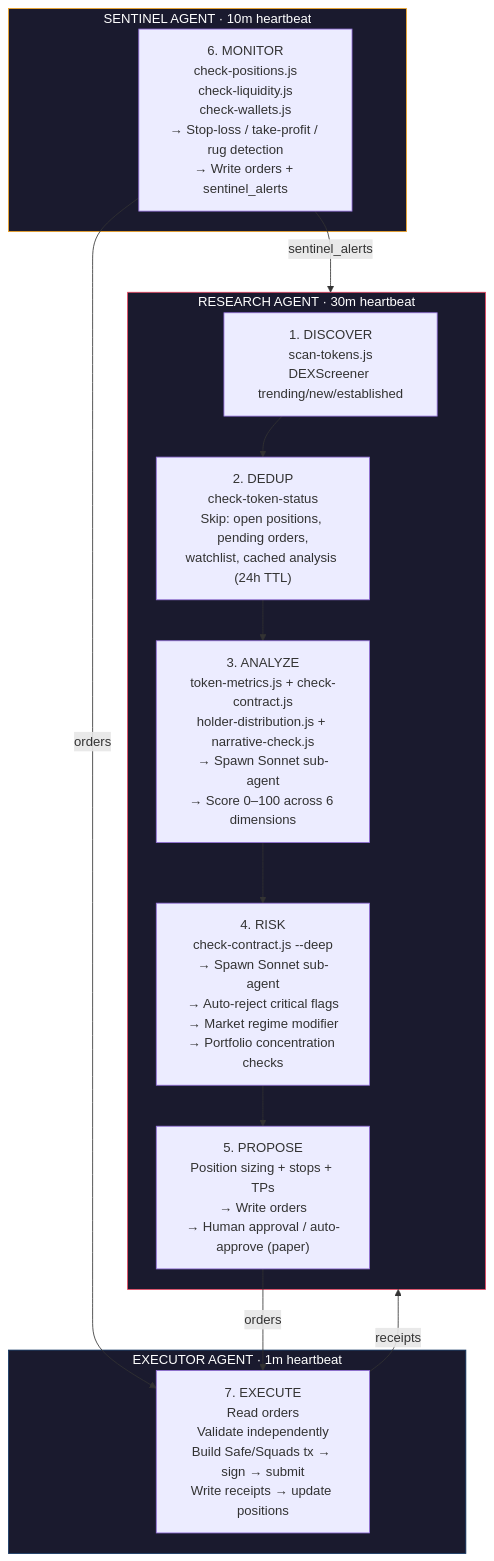
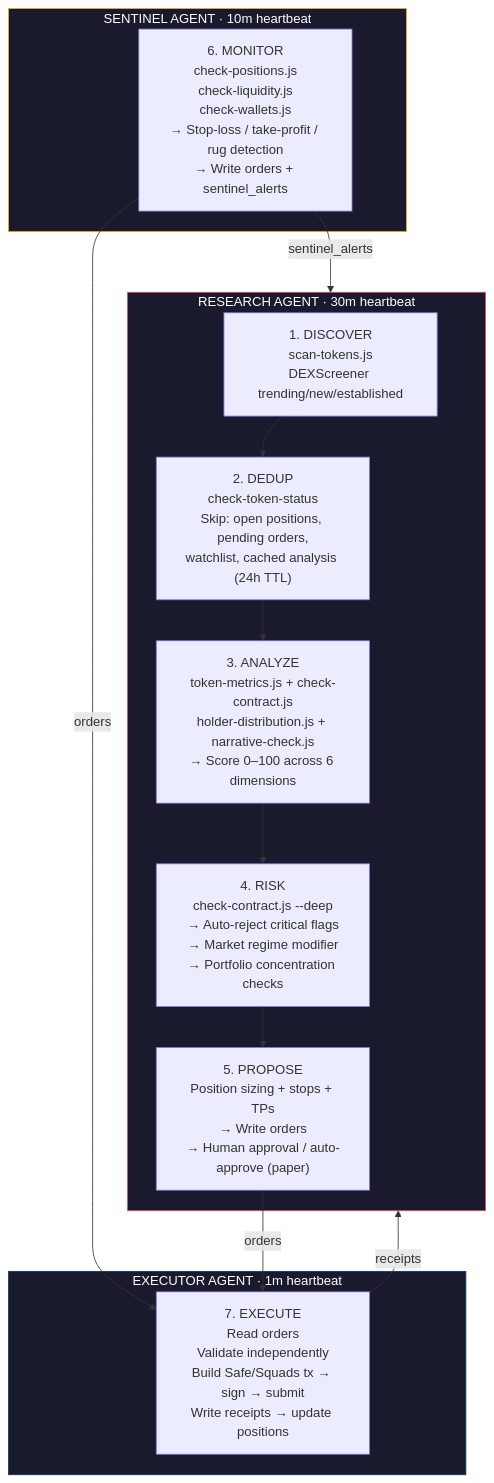
Before and after one commit to 0xb11a/crypto-claw: the first of 2 diagrams in README.md, drawn with Mermaid. The commit also changed other lines of this file and 41 other files, not shown here.

Commit message:
switch to Codex OAuth, add per-agent TOOLS.md, enhance narrative + order processing

````diff
--- a/README.md
+++ b/README.md
@@ -57,28 +56,28 @@
 ```mermaid
 flowchart TD
     subgraph Research["RESEARCH AGENT · 30m heartbeat"]
         D["1. DISCOVER\nscan-tokens.js\nDEXScreener trending/new/established"]
         DD["2. DEDUP\ncheck-token-status\nSkip: open positions, pending orders,\nwatchlist, cached analysis (24h TTL)"]
-        A["3. ANALYZE\ntoken-metrics.js + check-contract.js\nholder-distribution.js + narrative-check.js\n→ Spawn Sonnet sub-agent\n→ Score 0–100 across 6 dimensions"]
-        R["4. RISK\ncheck-contract.js --deep\n→ Spawn Sonnet sub-agent\n→ Auto-reject critical flags\n→ Market regime modifier\n→ Portfolio concentration checks"]
+        A["3. ANALYZE\ntoken-metrics.js + check-contract.js\nholder-distribution.js + narrative-check.js\n→ Score 0–100 across 6 dimensions"]
+        R["4. RISK\ncheck-contract.js --deep\n→ Auto-reject critical flags\n→ Market regime modifier\n→ Portfolio concentration checks"]
         P["5. PROPOSE\nPosition sizing + stops + TPs\n→ Write orders\n→ Human approval / auto-approve (paper)"]
         D --> DD --> A --> R --> P
     end
 
     subgraph Sentinel["SENTINEL AGENT · 10m heartbeat"]
         M["6. MONITOR\ncheck-positions.js\ncheck-liquidity.js\ncheck-wallets.js\n→ Stop-loss / take-profit / rug detection\n→ Write orders + sentinel_alerts"]
     end
 
     subgraph Executor["EXECUTOR AGENT · 1m heartbeat"]
         E["7. EXECUTE\nRead orders\nValidate independently\nBuild Safe/Squads tx → sign → submit\nWrite receipts → update positions"]
     end
 
     P -- "orders" --> E
     M -- "orders" --> E
     E -- "receipts" --> Research
     M -- "sentinel_alerts" --> Research
 
     style Research fill:#1a1a2e,stroke:#e94560,color:#fff
     style Sentinel fill:#1a1a2e,stroke:#f5a623,color:#fff
     style Executor fill:#1a1a2e,stroke:#0f3460,color:#fff
 ```
````
